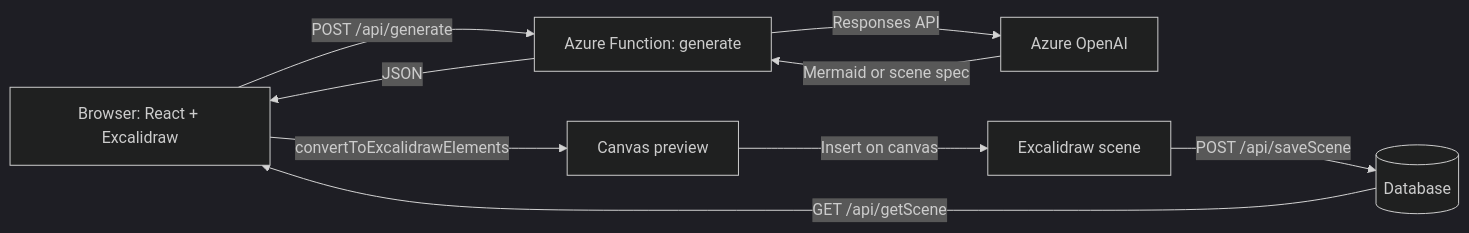
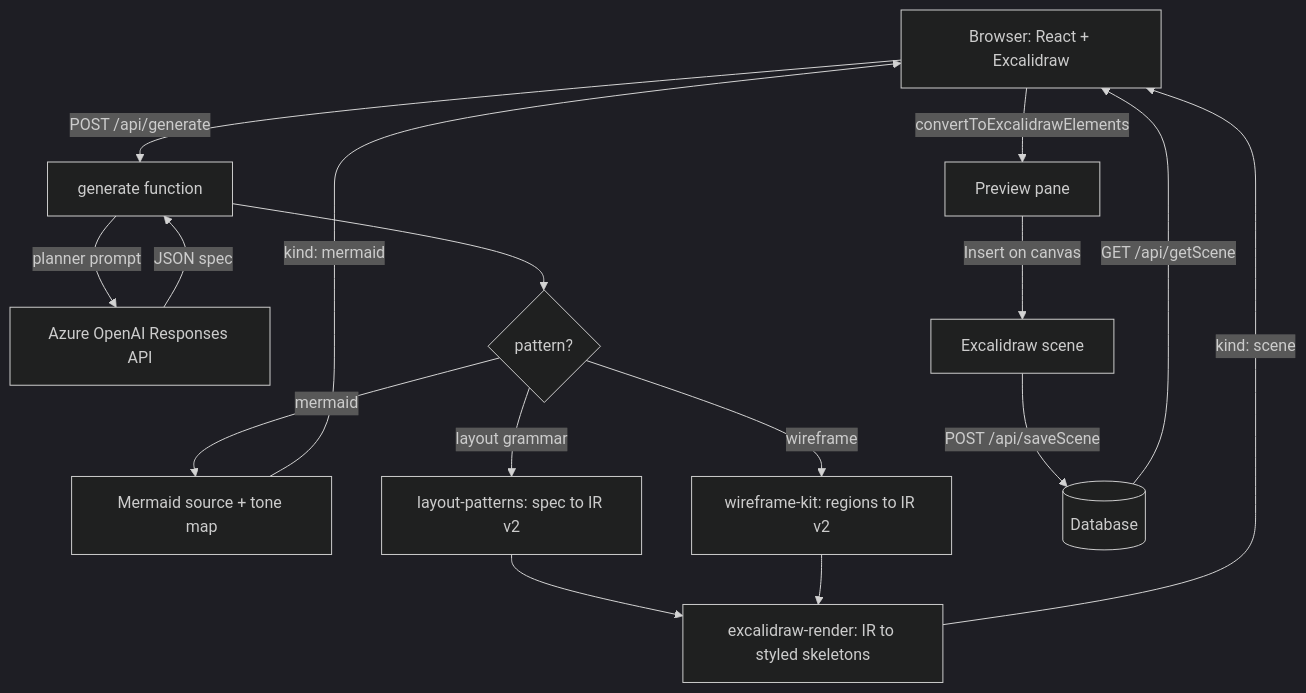
One commit to UmarBalak/excalidraw-notes changed the diagram in README.md. Above: the diagram before and after it, drawn with Mermaid (dark theme). The commit also changed other lines of this file and 5 other files, not shown here.

````diff
--- a/README.md
+++ b/README.md
@@ -81,11 +104,18 @@
 ```mermaid
-flowchart LR
-  U[Browser: React + Excalidraw] -->|POST /api/generate| G[Azure Function: generate]
-  G -->|Responses API| M[Azure OpenAI]
-  M -->|Mermaid or scene spec| G
-  G -->|JSON| U
-  U -->|convertToExcalidrawElements| C[Canvas preview]
-  C -->|Insert on canvas| E[Excalidraw scene]
+flowchart TD
+  U[Browser: React + Excalidraw] -->|POST /api/generate| G[generate function]
+  G -->|planner prompt| M[Azure OpenAI Responses API]
+  M -->|JSON spec| G
+  G --> V{pattern?}
+  V -->|mermaid| MR[Mermaid source + tone map]
+  V -->|layout grammar| LP[layout-patterns: spec to IR v2]
+  V -->|wireframe| WK[wireframe-kit: regions to IR v2]
+  LP --> R[excalidraw-render: IR to styled skeletons]
+  WK --> R
+  MR -->|kind: mermaid| U
+  R -->|kind: scene| U
+  U -->|convertToExcalidrawElements| P[Preview pane]
+  P -->|Insert on canvas| E[Excalidraw scene]
   E -->|POST /api/saveScene| D[(Database)]
   D -->|GET /api/getScene| U
 ```
````
